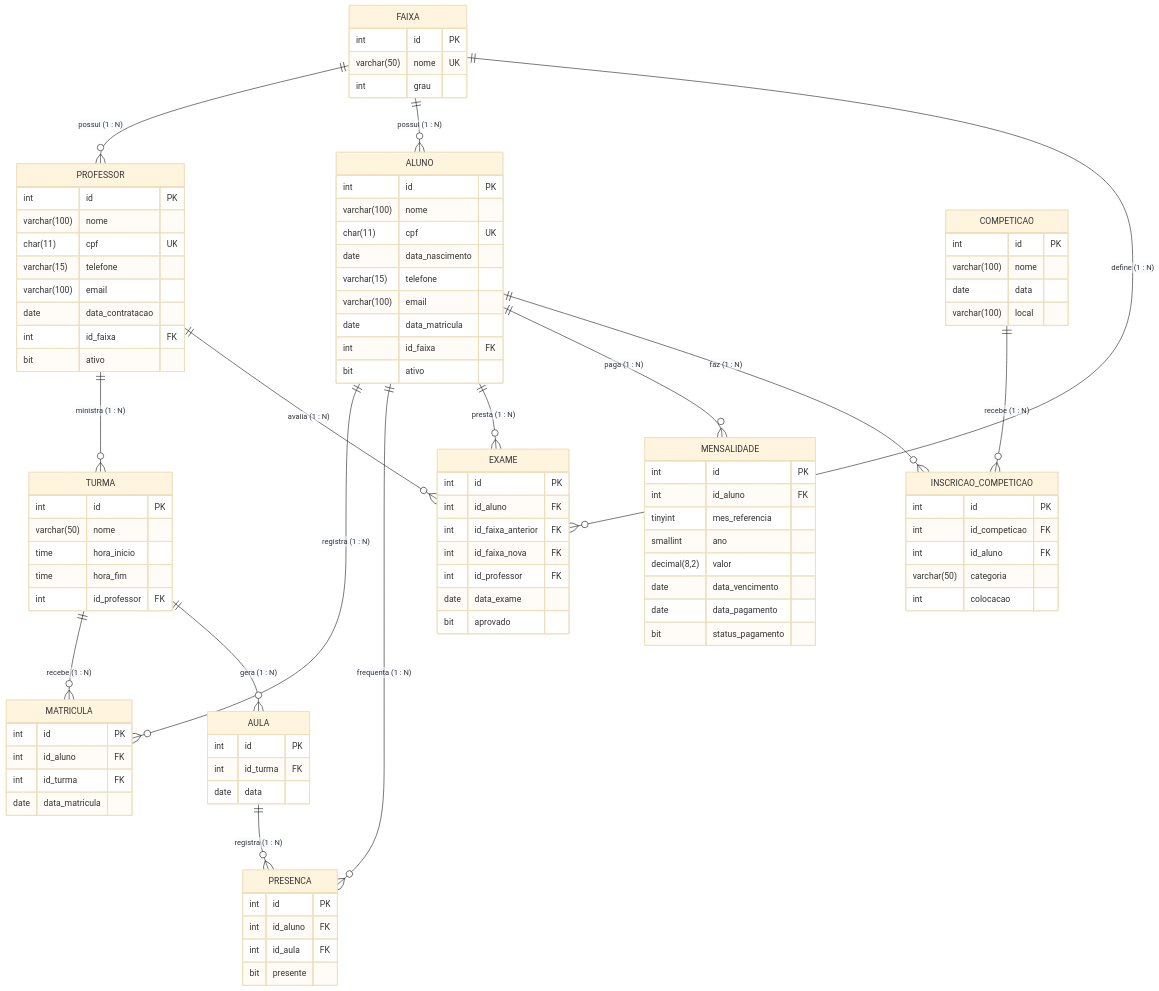
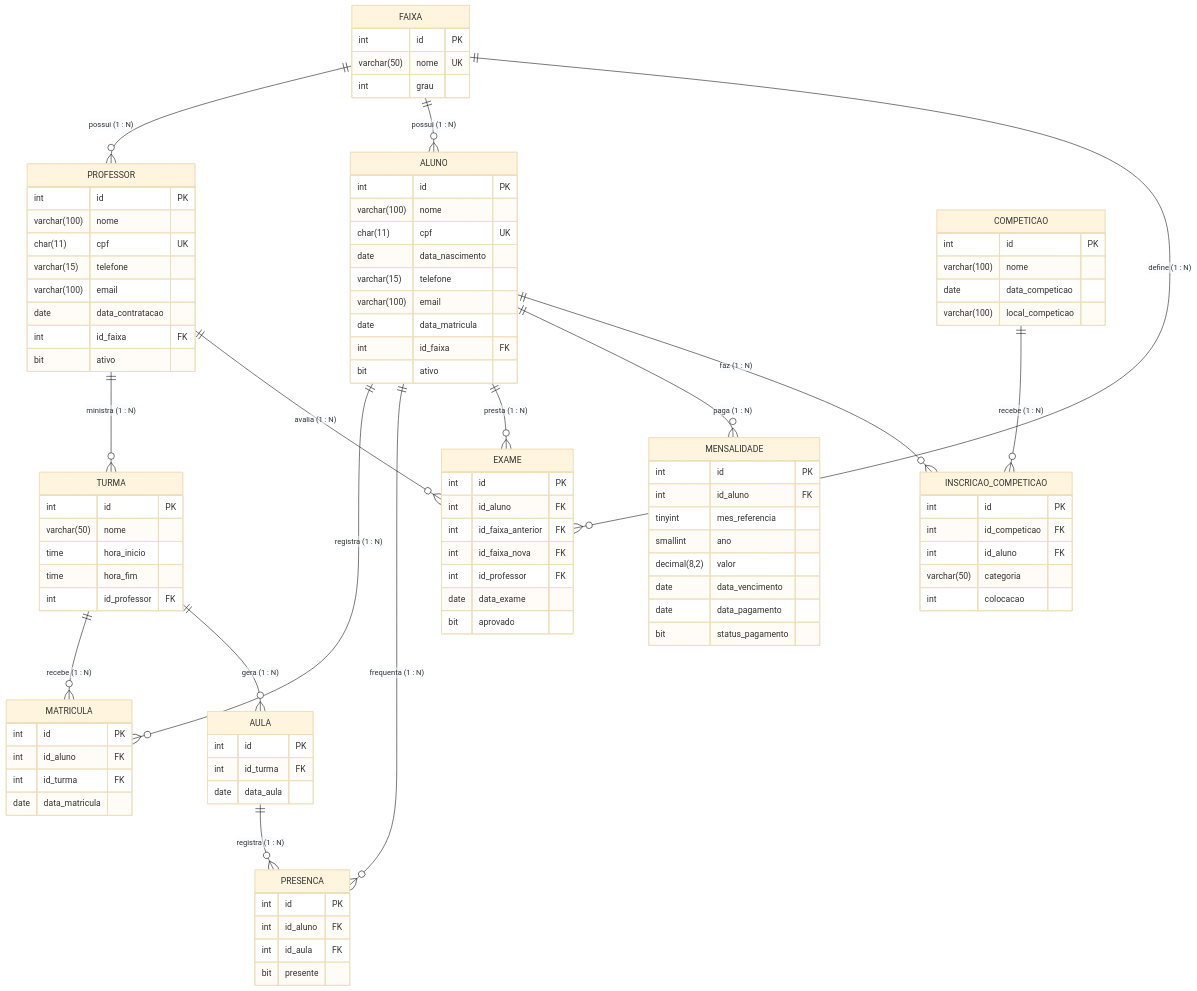
One commit to lucas-oruncode/db-sctec changed the diagram in modelo_escola_jiu_jitsu.mmd. Above: the diagram before and after it, drawn with Mermaid (base theme). The commit also changed 1 other file, not shown here.

```diff
--- a/modelo_escola_jiu_jitsu.mmd
+++ b/modelo_escola_jiu_jitsu.mmd
@@ -1,111 +1,111 @@
 %% Modelo ER - Escola de Jiu-Jitsu
 %% Abrir em https://mermaid.live/ ou visualizar no GitHub
 erDiagram
 
     FAIXA ||--o{ PROFESSOR : "possui (1 : N)"
     FAIXA ||--o{ ALUNO : "possui (1 : N)"
     FAIXA ||--o{ EXAME : "define (1 : N)"
     PROFESSOR ||--o{ TURMA : "ministra (1 : N)"
     PROFESSOR ||--o{ EXAME : "avalia (1 : N)"
     ALUNO ||--o{ MATRICULA : "registra (1 : N)"
     TURMA ||--o{ MATRICULA : "recebe (1 : N)"
     TURMA ||--o{ AULA : "gera (1 : N)"
     AULA ||--o{ PRESENCA : "registra (1 : N)"
     ALUNO ||--o{ PRESENCA : "frequenta (1 : N)"
     ALUNO ||--o{ EXAME : "presta (1 : N)"
     ALUNO ||--o{ MENSALIDADE : "paga (1 : N)"
     COMPETICAO ||--o{ INSCRICAO_COMPETICAO : "recebe (1 : N)"
     ALUNO ||--o{ INSCRICAO_COMPETICAO : "faz (1 : N)"
 
     FAIXA {
         int id PK
         varchar(50) nome UK
         int grau
     }
 
     PROFESSOR {
         int id PK
         varchar(100) nome
         char(11) cpf UK
         varchar(15) telefone
         varchar(100) email
         date data_contratacao
         int id_faixa FK
         bit ativo
     }
 
     ALUNO {
         int id PK
         varchar(100) nome
         char(11) cpf UK
         date data_nascimento
         varchar(15) telefone
         varchar(100) email
         date data_matricula
         int id_faixa FK
         bit ativo
     }
 
     MENSALIDADE {
         int id PK
         int id_aluno FK
         tinyint mes_referencia
         smallint ano
         decimal(8,2) valor
         date data_vencimento
         date data_pagamento
         bit status_pagamento
     }
 
     TURMA {
         int id PK
         varchar(50) nome
         time hora_inicio
         time hora_fim
         int id_professor FK
     }
 
     EXAME {
         int id PK
         int id_aluno FK
         int id_faixa_anterior FK
         int id_faixa_nova FK
         int id_professor FK
         date data_exame
         bit aprovado
     }
 
     MATRICULA {
         int id PK
         int id_aluno FK
         int id_turma FK
         date data_matricula
     }
 
     COMPETICAO {
         int id PK
         varchar(100) nome
-        date data
-        varchar(100) local
+        date data_competicao
+        varchar(100) local_competicao
     }
 
     AULA {
         int id PK
         int id_turma FK
-        date data
+        date data_aula
     }
 
     PRESENCA {
         int id PK
         int id_aluno FK
         int id_aula FK
         bit presente
     }
 
     INSCRICAO_COMPETICAO {
         int id PK
         int id_competicao FK
         int id_aluno FK
         varchar(50) categoria
         int colocacao
     }
```
